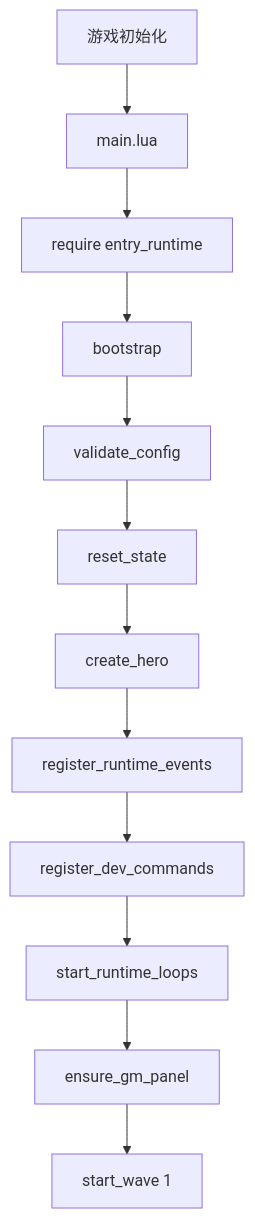
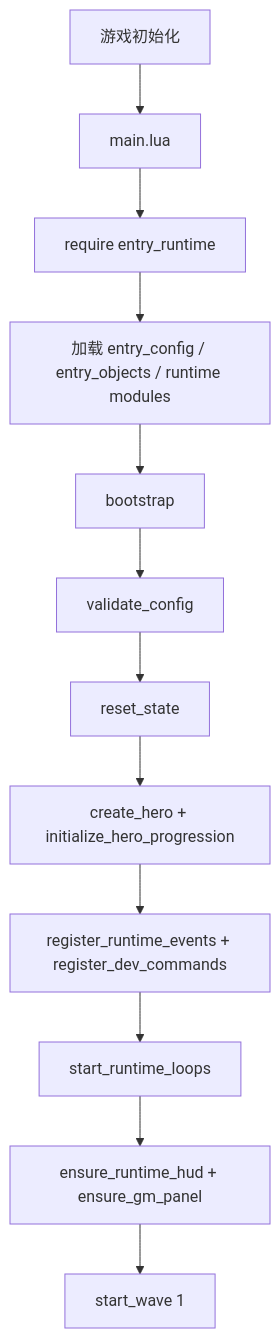
Before and after one commit to WindXRan/y3td: the first of 4 diagrams in maps/EntryMap/script/docs/项目模块/99-流程图/整体游戏流程图.md, drawn with Mermaid. The commit also changed other lines of this file and 18 other files, not shown here.

````diff
--- a/maps/EntryMap/script/docs/项目模块/99-流程图/整体游戏流程图.md
+++ b/maps/EntryMap/script/docs/项目模块/99-流程图/整体游戏流程图.md
@@ -21,14 +22,14 @@
 ```mermaid
 flowchart TD
     A[游戏初始化] --> B[main.lua]
     B --> C[require entry_runtime]
-    C --> D[bootstrap]
-    D --> E[validate_config]
-    E --> F[reset_state]
-    F --> G[create_hero]
-    G --> H[register_runtime_events]
-    H --> I[register_dev_commands]
+    C --> D[加载 entry_config / entry_objects / runtime modules]
+    D --> E[bootstrap]
+    E --> F[validate_config]
+    F --> G[reset_state]
+    G --> H[create_hero + initialize_hero_progression]
+    H --> I[register_runtime_events + register_dev_commands]
     I --> J[start_runtime_loops]
-    J --> K[ensure_gm_panel]
+    J --> K[ensure_runtime_hud + ensure_gm_panel]
     K --> L[start_wave 1]
 ```
````
